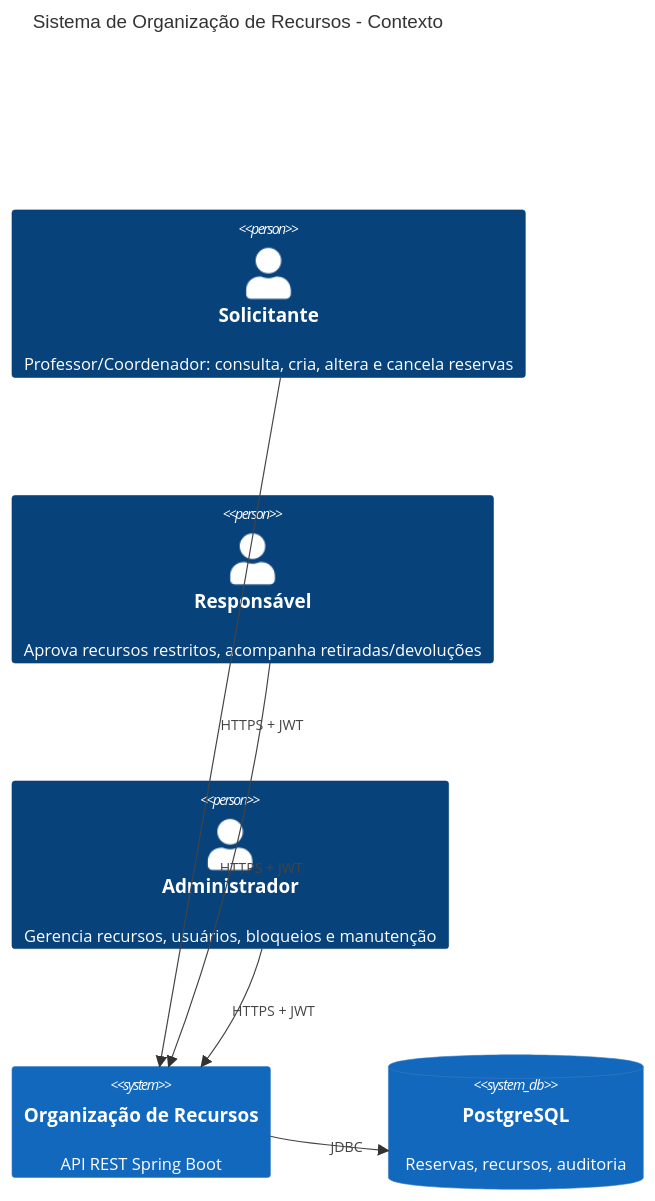
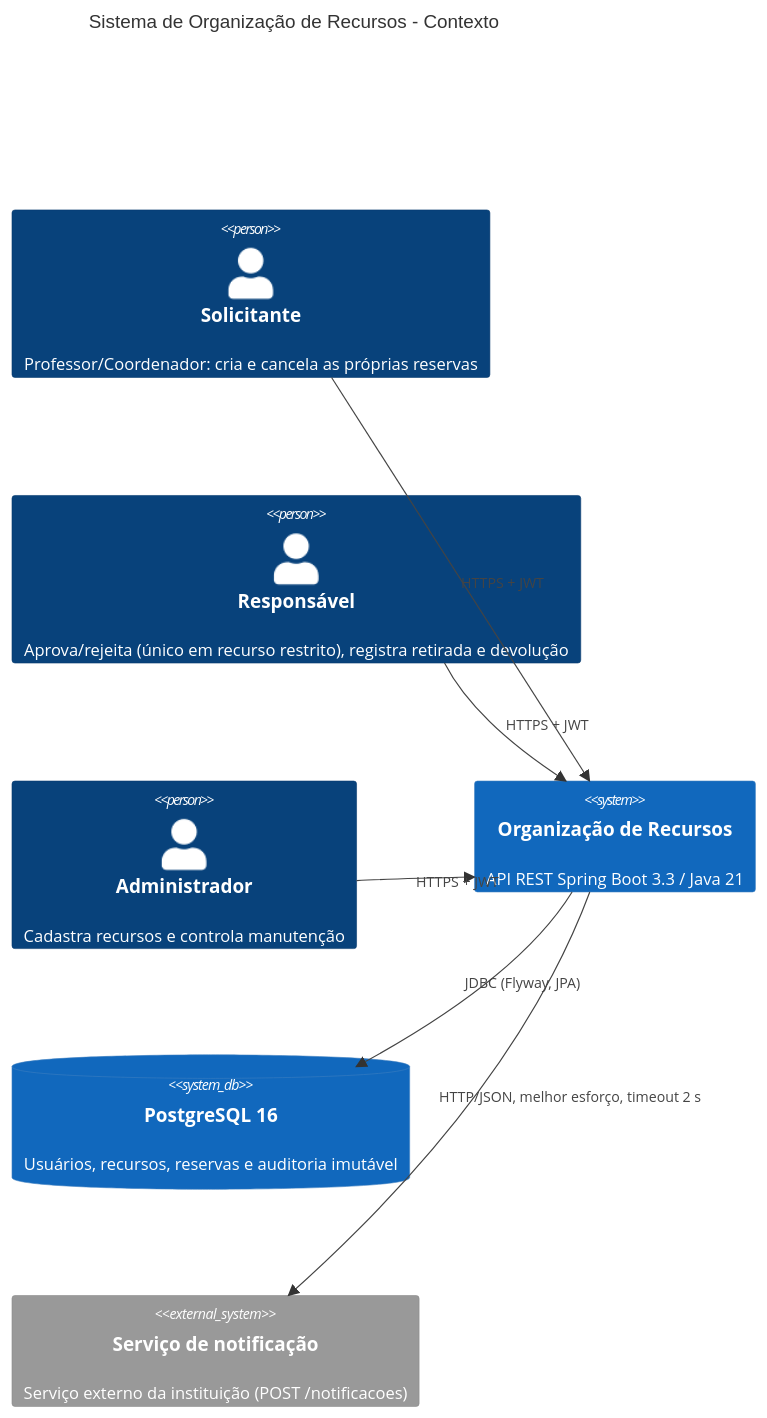
One commit to adsouza04/organizacao-recursos changed the first of 7 diagrams in docs/diagramas/arquitetura.md. Above: the diagram before and after it, drawn with Mermaid. The commit also changed other lines of this file and 2 other files, not shown here.

Commit message:
docs: diagramas C4 e de sequência, registro de defeitos e plano de testes

````diff
--- a/docs/diagramas/arquitetura.md
+++ b/docs/diagramas/arquitetura.md
@@ -5,13 +7,15 @@
 ```mermaid
 C4Context
   title Sistema de Organização de Recursos - Contexto
-  Person(sol, "Solicitante", "Professor/Coordenador: consulta, cria, altera e cancela reservas")
-  Person(resp, "Responsável", "Aprova recursos restritos, acompanha retiradas/devoluções")
-  Person(adm, "Administrador", "Gerencia recursos, usuários, bloqueios e manutenção")
-  System(sis, "Organização de Recursos", "API REST Spring Boot")
-  SystemDb(bd, "PostgreSQL", "Reservas, recursos, auditoria")
+  Person(sol, "Solicitante", "Professor/Coordenador: cria e cancela as próprias reservas")
+  Person(resp, "Responsável", "Aprova/rejeita (único em recurso restrito), registra retirada e devolução")
+  Person(adm, "Administrador", "Cadastra recursos e controla manutenção")
+  System(sis, "Organização de Recursos", "API REST Spring Boot 3.3 / Java 21")
+  SystemDb(bd, "PostgreSQL 16", "Usuários, recursos, reservas e auditoria imutável")
+  System_Ext(notif, "Serviço de notificação", "Serviço externo da instituição (POST /notificacoes)")
   Rel(sol, sis, "HTTPS + JWT")
   Rel(resp, sis, "HTTPS + JWT")
   Rel(adm, sis, "HTTPS + JWT")
-  Rel(sis, bd, "JDBC")
+  Rel(sis, bd, "JDBC (Flyway, JPA)")
+  Rel(sis, notif, "HTTP/JSON, melhor esforço, timeout 2 s")
 ```
````
